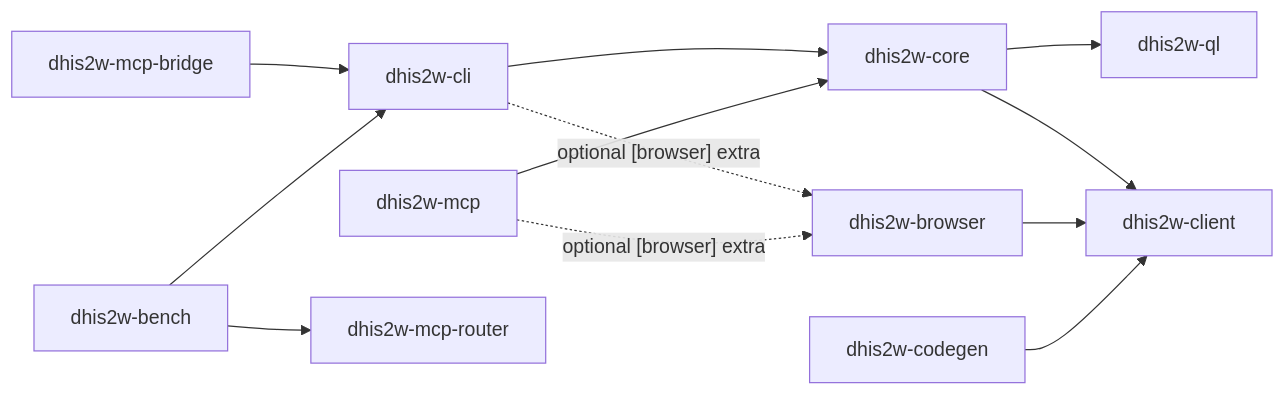
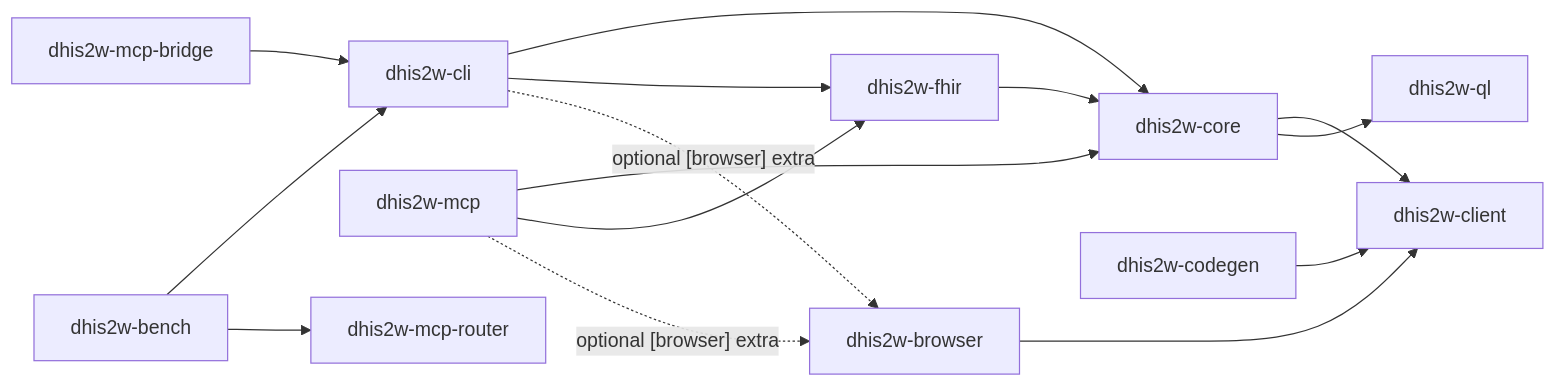
Before and after one commit to winterop-com/dhis2w-utils: the diagram in CLAUDE.md, drawn with Mermaid. The commit also changed other lines of this file and 71 other files, not shown here.

````diff
--- a/CLAUDE.md
+++ b/CLAUDE.md
@@ -49,25 +49,29 @@
 ```mermaid
 graph LR
     bench["dhis2w-bench"]
     bridge["dhis2w-mcp-bridge"]
     cli["dhis2w-cli"]
     mcp["dhis2w-mcp"]
     router["dhis2w-mcp-router"]
     core["dhis2w-core"]
     ql["dhis2w-ql"]
     browser["dhis2w-browser"]
     codegen["dhis2w-codegen"]
     client["dhis2w-client"]
+    fhir["dhis2w-fhir"]
 
     cli --> core
     mcp --> core
+    cli --> fhir
+    mcp --> fhir
+    fhir --> core
     bridge --> cli
     bench --> cli
     bench --> router
     core --> client
     core --> ql
     browser --> client
     codegen --> client
     cli -.->|"optional [browser] extra"| browser
     mcp -.->|"optional [browser] extra"| browser
 ```
````
